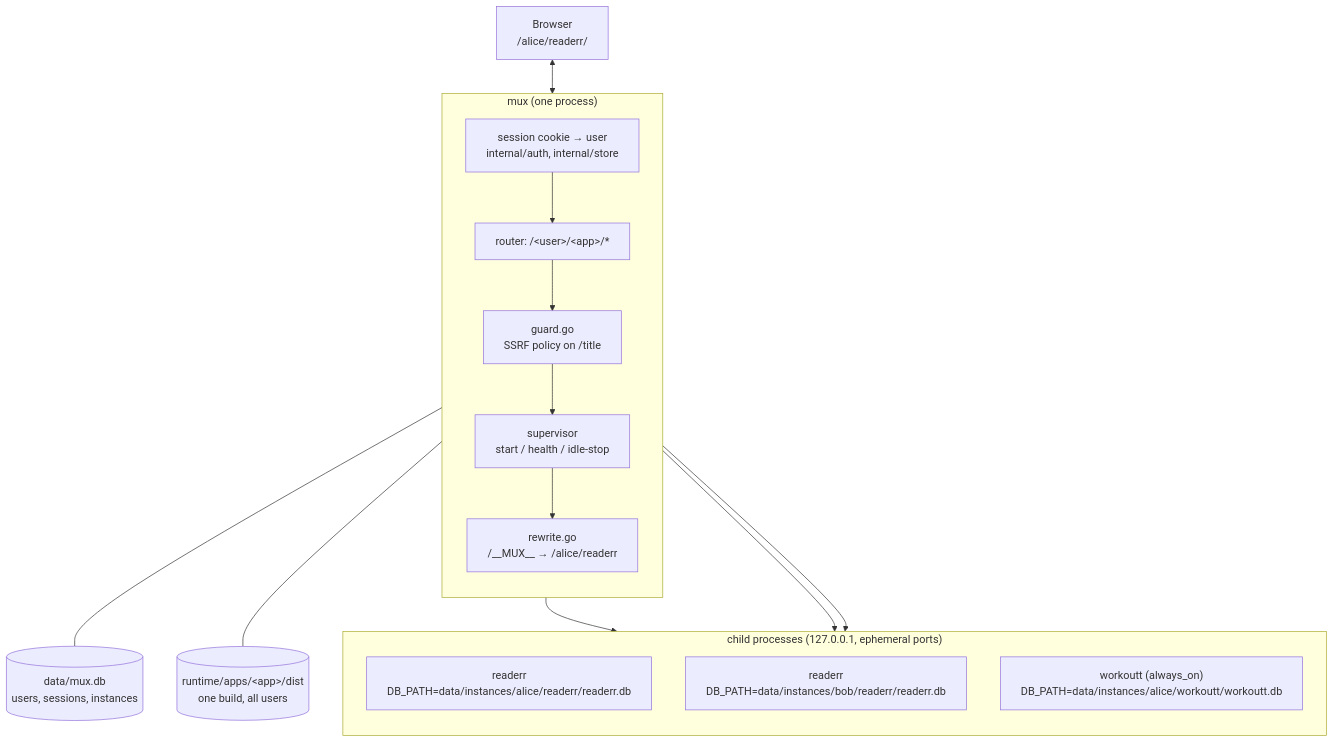
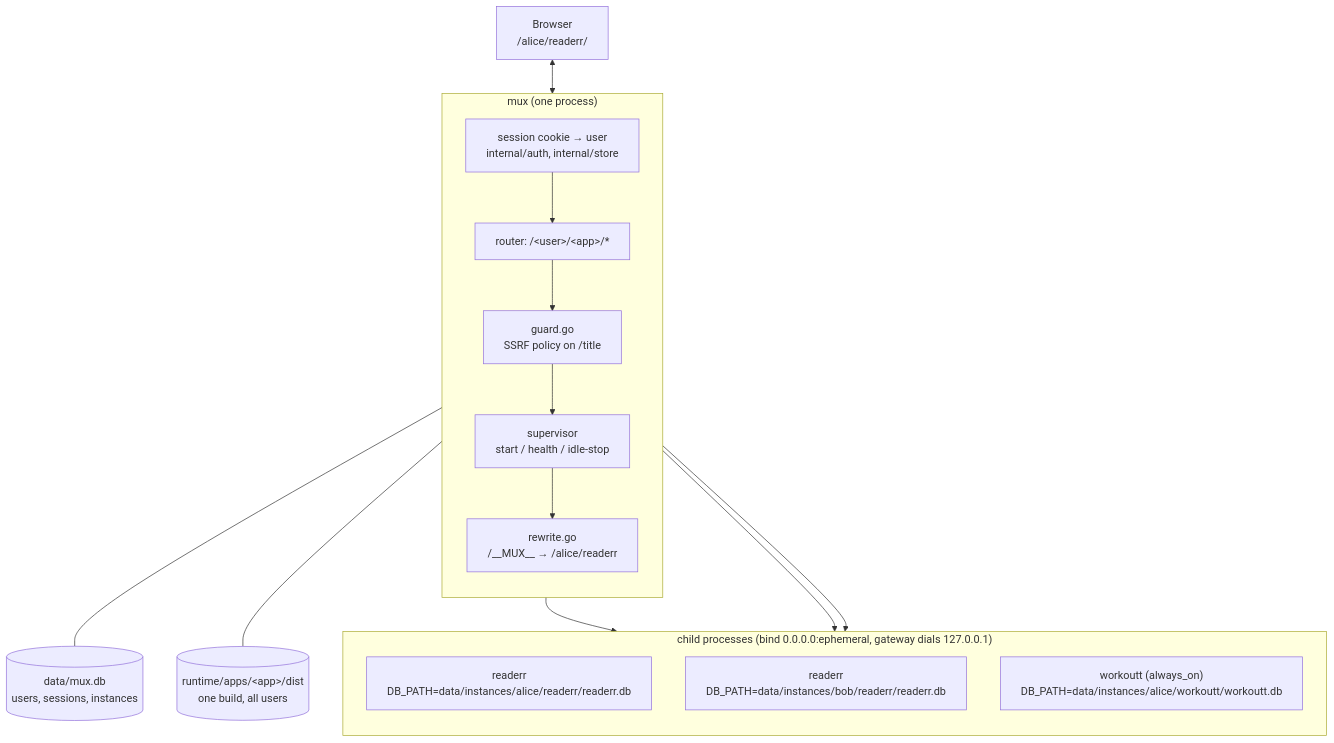
Before and after one commit to Kieran-s-Artisnal-Slop-Factory/muxxerr: the diagram in docs/dev/architecture.md, drawn with Mermaid. The commit also changed other lines of this file and 17 other files, not shown here.

````diff
--- a/docs/dev/architecture.md
+++ b/docs/dev/architecture.md
@@ -20,26 +25,26 @@
 ```mermaid
 flowchart TB
     Browser["Browser<br/>/alice/readerr/"]
     subgraph Gateway["mux (one process)"]
         direction TB
         Session["session cookie → user<br/>internal/auth, internal/store"]
         Router["router: /&lt;user&gt;/&lt;app&gt;/*"]
         Guard["guard.go<br/>SSRF policy on /title"]
         Rewrite["rewrite.go<br/>/__MUX__ → /alice/readerr"]
         Super["supervisor<br/>start / health / idle-stop"]
         Session --> Router --> Guard --> Super
         Super --> Rewrite
     end
-    subgraph Children["child processes (127.0.0.1, ephemeral ports)"]
+    subgraph Children["child processes (bind 0.0.0.0:ephemeral, gateway dials 127.0.0.1)"]
         direction TB
         A["readerr<br/>DB_PATH=data/instances/alice/readerr/readerr.db"]
         B["readerr<br/>DB_PATH=data/instances/bob/readerr/readerr.db"]
         C["workoutt (always_on)<br/>DB_PATH=data/instances/alice/workoutt/workoutt.db"]
     end
     Browser <--> Session
     Super --> A
     Super --> B
     Super --> C
     Gateway --- MuxDB[("data/mux.db<br/>users, sessions, instances")]
     Gateway --- Dist[("runtime/apps/&lt;app&gt;/dist<br/>one build, all users")]
 ```
````
